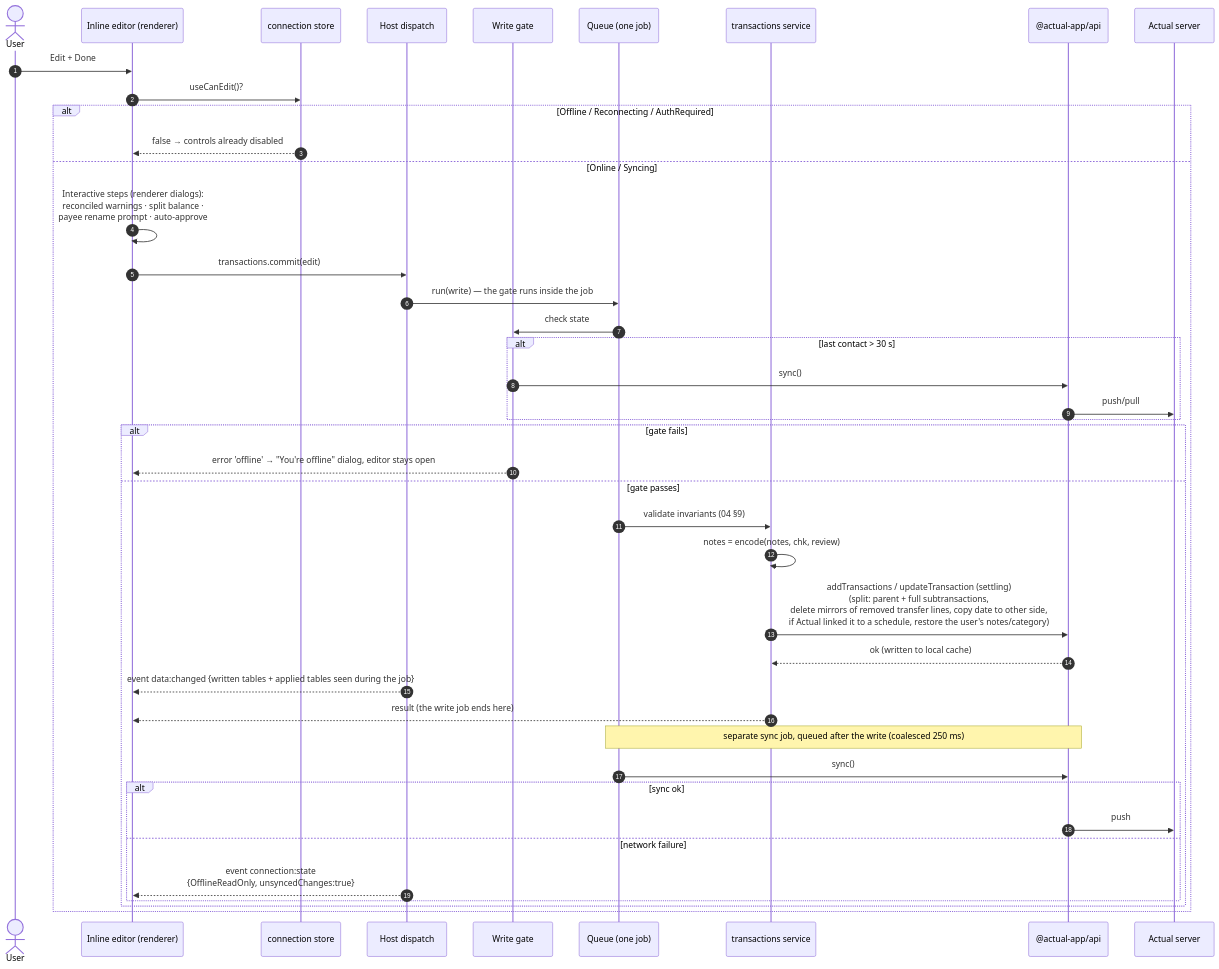
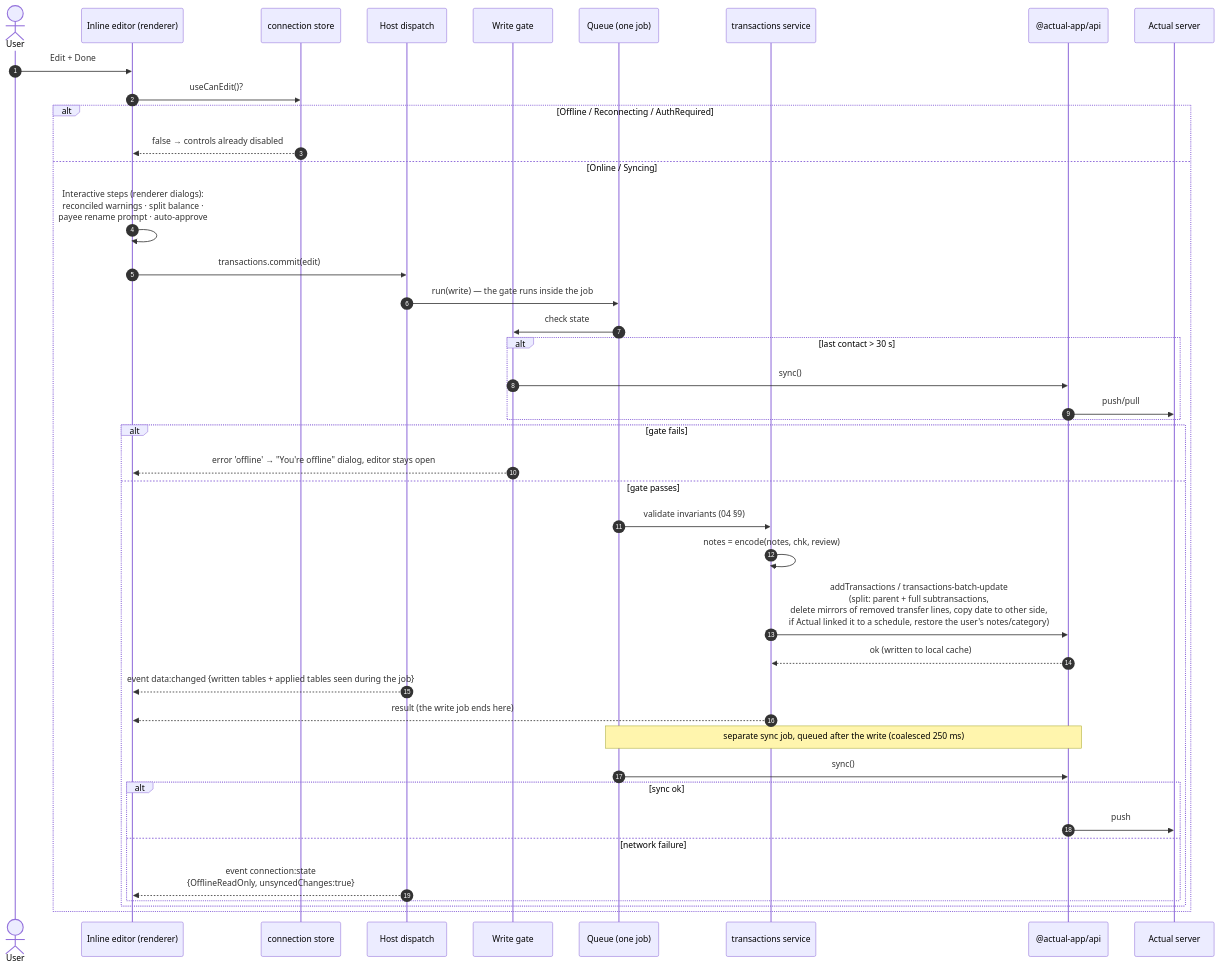
Before and after one commit to thomasjbarrett82/actuality: the fifth of 12 diagrams in docs/architecture.md, drawn with Mermaid. The commit also changed other lines of this file and 31 other files, not shown here.

````diff
--- a/docs/architecture.md
+++ b/docs/architecture.md
@@ -213,45 +213,45 @@
 ```mermaid
 sequenceDiagram
     autonumber
     actor U as User
     participant E as Inline editor (renderer)
     participant CS as connection store
     participant H as Host dispatch
     participant G as Write gate
     participant Q as Queue (one job)
     participant S as transactions service
     participant A as @actual-app/api
     participant SV as Actual server
 
     U->>E: Edit + Done
     E->>CS: useCanEdit()?
     alt Offline / Reconnecting / AuthRequired
         CS-->>E: false → controls already disabled
     else Online / Syncing
         E->>E: Interactive steps (renderer dialogs):<br/>reconciled warnings · split balance ·<br/>payee rename prompt · auto-approve
         E->>H: transactions.commit(edit)
         H->>Q: run(write) — the gate runs inside the job
         Q->>G: check state
         alt last contact > 30 s
             G->>A: sync()
             A->>SV: push/pull
         end
         alt gate fails
             G-->>E: error 'offline' → "You're offline" dialog, editor stays open
         else gate passes
             Q->>S: validate invariants (04 §9)
             S->>S: notes = encode(notes, chk, review)
-            S->>A: addTransactions / updateTransaction (settling)<br/>(split: parent + full subtransactions,<br/>delete mirrors of removed transfer lines, copy date to other side,<br/>if Actual linked it to a schedule, restore the user's notes/category)
+            S->>A: addTransactions / transactions-batch-update<br/>(split: parent + full subtransactions,<br/>delete mirrors of removed transfer lines, copy date to other side,<br/>if Actual linked it to a schedule, restore the user's notes/category)
             A-->>S: ok (written to local cache)
             H-->>E: event data:changed {written tables + applied tables seen during the job}
             S-->>E: result (the write job ends here)
             Note over Q,A: separate sync job, queued after the write (coalesced 250 ms)
             Q->>A: sync()
             alt sync ok
                 A->>SV: push
             else network failure
                 H-->>E: event connection:state<br/>{OfflineReadOnly, unsyncedChanges:true}
             end
         end
     end
 ```
````
